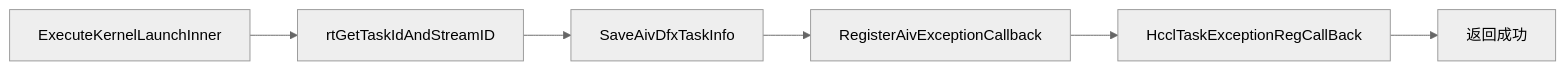
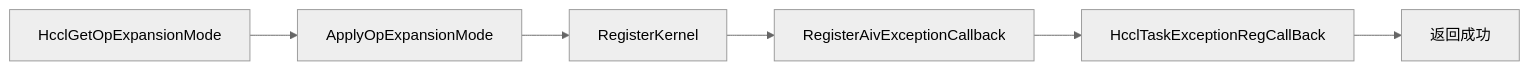
The first of 8 diagrams in docs/AIV_Task_Exception_Handler_Design.md (libochao-huawei/HCCL), drawn with Mermaid (neutral theme) before and after one commit. The commit also changed other lines of this file and 6 other files, not shown here.

````diff
--- a/docs/AIV_Task_Exception_Handler_Design.md
+++ b/docs/AIV_Task_Exception_Handler_Design.md
@@ -133,8 +124,8 @@
 ```mermaid
 flowchart LR
-    A[ExecuteKernelLaunchInner] --> B[rtGetTaskIdAndStreamID]
-    B --> C[SaveAivDfxTaskInfo]
+    A[HcclGetOpExpansionMode] --> B[ApplyOpExpansionMode]
+    B --> C[RegisterKernel]
     C --> D[RegisterAivExceptionCallback]
     D --> E[HcclTaskExceptionRegCallBack]
     E --> F[返回成功]
 ```
````
